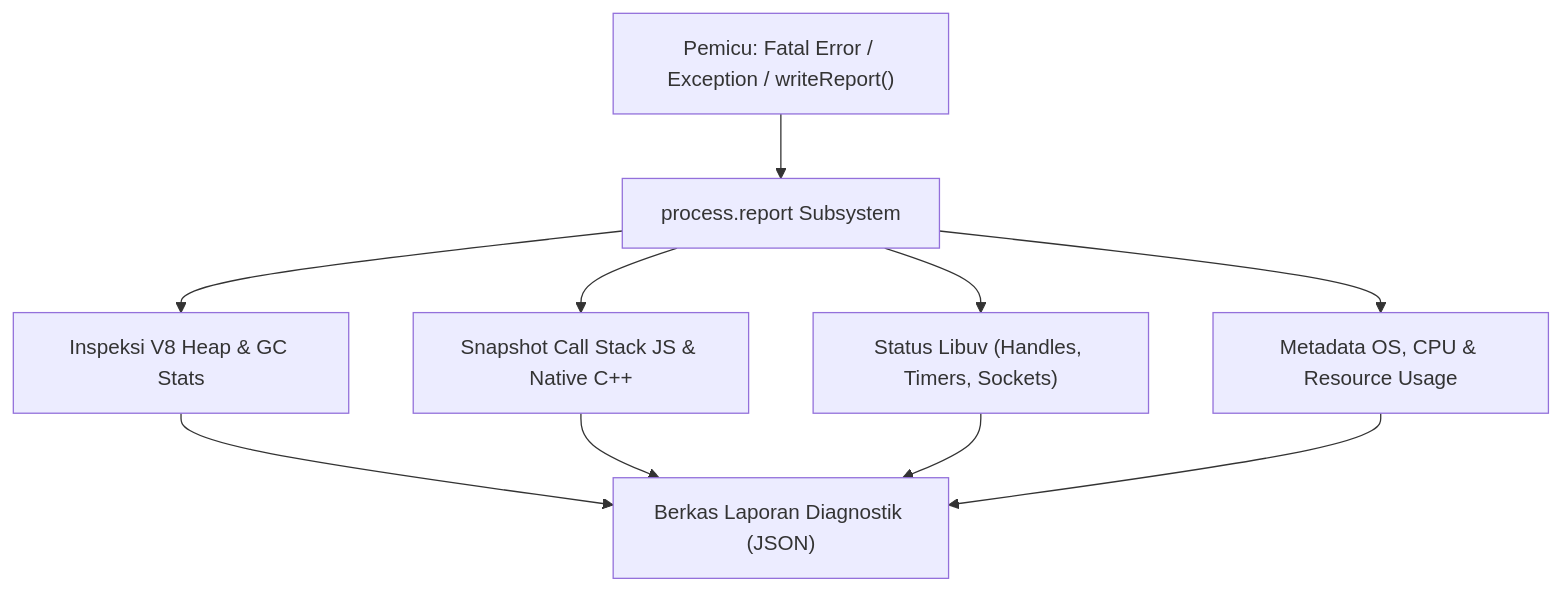
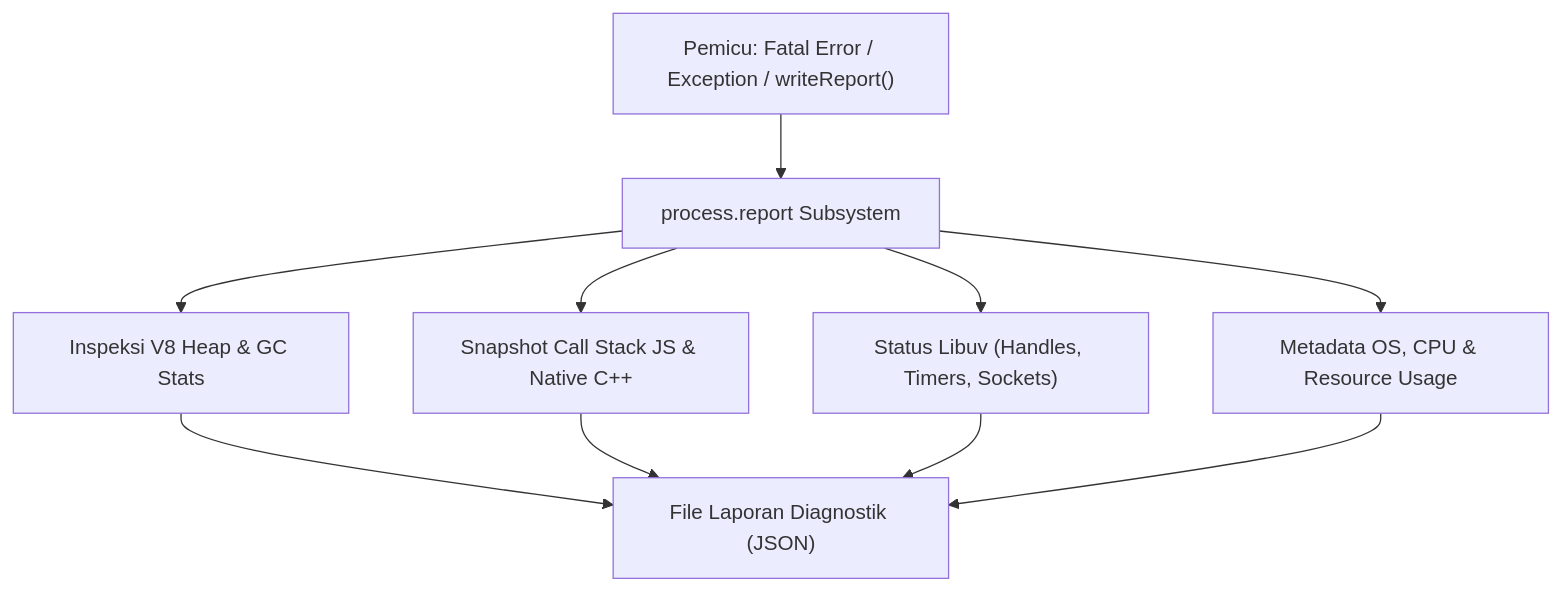
Before and after one commit to san4byte/nodejs-handbook: the diagram in 01-core-modules/19-report/README.md, drawn with Mermaid. The commit also changed other lines of this file and 28 other files, not shown here.

````diff
--- a/01-core-modules/19-report/README.md
+++ b/01-core-modules/19-report/README.md
@@ -27,9 +27,9 @@
 ```mermaid
 flowchart TD
     CRASH["Pemicu: Fatal Error / Exception / writeReport()"] --> REPORT["process.report Subsystem"]
     REPORT --> V8_HEAP["Inspeksi V8 Heap & GC Stats"]
     REPORT --> STACK["Snapshot Call Stack JS & Native C++"]
     REPORT --> LIBUV["Status Libuv (Handles, Timers, Sockets)"]
     REPORT --> SYSTEM["Metadata OS, CPU & Resource Usage"]
-    V8_HEAP & STACK & LIBUV & SYSTEM --> DUMP["Berkas Laporan Diagnostik (JSON)"]
+    V8_HEAP & STACK & LIBUV & SYSTEM --> DUMP["File Laporan Diagnostik (JSON)"]
 ```
````
